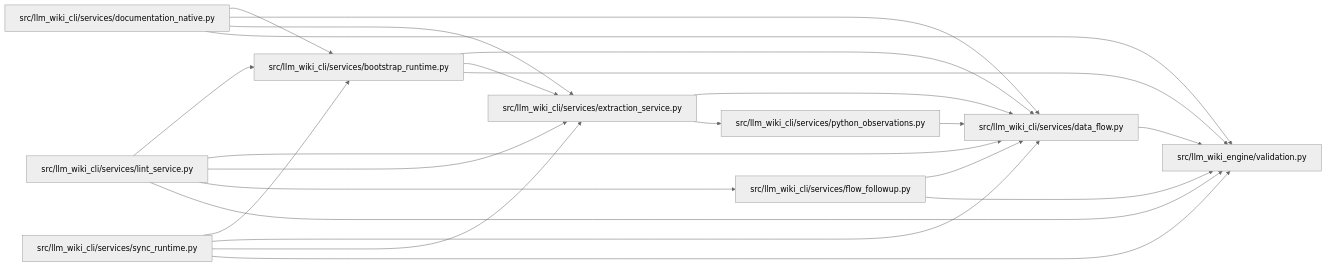
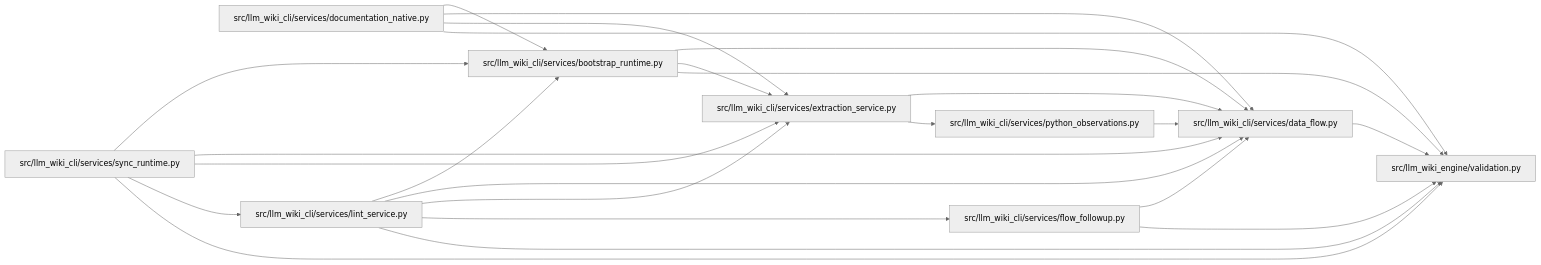
The diagram in docs/llm_wiki/modules/data_flow.md (Denissvgn/python-wiki-llm), drawn with Mermaid (neutral theme) before and after one commit. The commit also changed 725 other files, not shown here.

````diff
--- a/docs/llm_wiki/modules/data_flow.md
+++ b/docs/llm_wiki/modules/data_flow.md
@@ -26,43 +26,44 @@
 ```mermaid
 flowchart LR
     n0["src/llm_wiki_cli/services/bootstrap_runtime.py"]
     n1["src/llm_wiki_cli/services/data_flow.py"]
     n2["src/llm_wiki_cli/services/documentation_native.py"]
     n3["src/llm_wiki_cli/services/extraction_service.py"]
     n4["src/llm_wiki_cli/services/flow_followup.py"]
     n5["src/llm_wiki_cli/services/lint_service.py"]
     n6["src/llm_wiki_cli/services/python_observations.py"]
     n7["src/llm_wiki_cli/services/sync_runtime.py"]
     n8["src/llm_wiki_engine/validation.py"]
     n0 --> n1
     n0 --> n3
     n0 --> n8
     n1 --> n8
     n2 --> n0
     n2 --> n1
     n2 --> n3
     n2 --> n8
     n3 --> n1
     n3 --> n6
     n4 --> n1
     n4 --> n8
     n5 --> n0
     n5 --> n1
     n5 --> n3
     n5 --> n4
     n5 --> n8
     n6 --> n1
     n7 --> n0
     n7 --> n1
     n7 --> n3
+    n7 --> n5
     n7 --> n8
     click n0 "../modules/bootstrap_runtime.md"
     click n1 "../modules/data_flow.md"
     click n2 "../modules/documentation_native.md"
     click n3 "../modules/extraction_service.md"
     click n4 "../modules/flow_followup.md"
     click n5 "../modules/lint_service.md"
     click n6 "../modules/python_observations.md"
     click n7 "../modules/sync_runtime.md"
     click n8 "../modules/validation.md"
 ```
````
